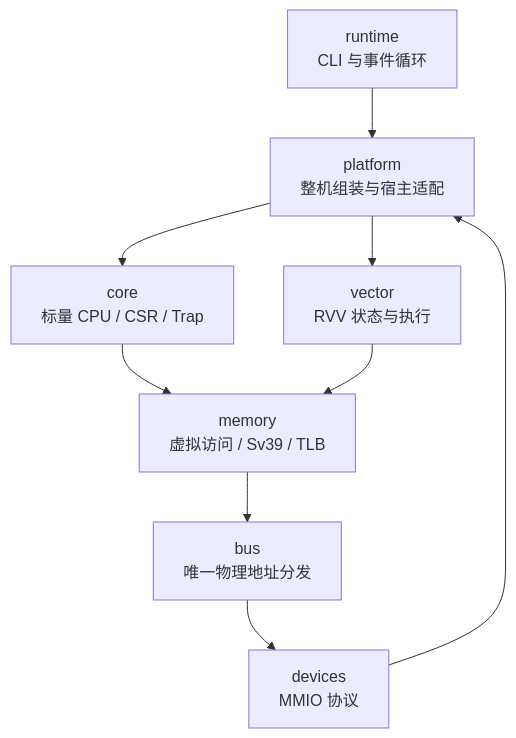
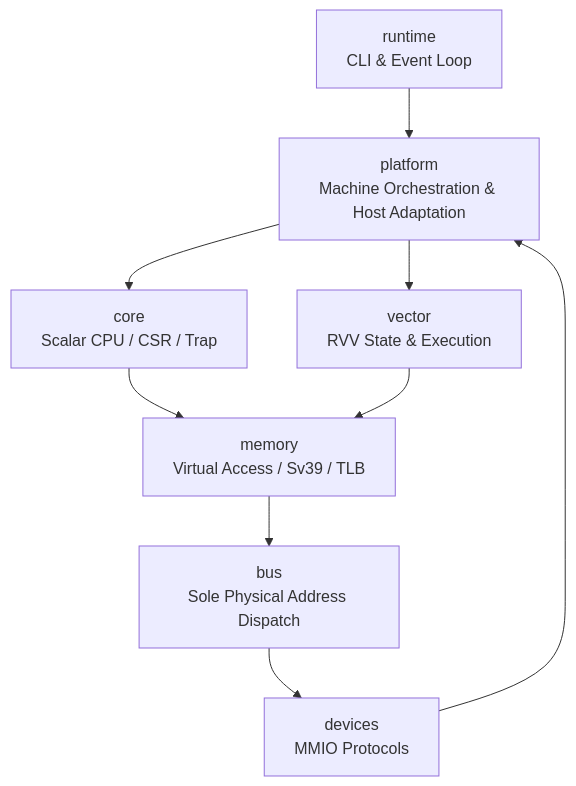
One commit to billzi2016/homemade-risc-v-64-vector-linux-emulator changed the first of 2 diagrams in specs/project-tree.md. Above: the diagram before and after it, drawn with Mermaid. The commit also changed other lines of this file and 44 other files, not shown here.

````diff
--- a/specs/project-tree.md
+++ b/specs/project-tree.md
@@ -122,11 +122,11 @@
 ```mermaid
 flowchart TD
-    Runtime[runtime<br/>CLI 与事件循环] --> Platform[platform<br/>整机组装与宿主适配]
-    Platform --> Core[core<br/>标量 CPU / CSR / Trap]
-    Platform --> Vector[vector<br/>RVV 状态与执行]
-    Core --> Memory[memory<br/>虚拟访问 / Sv39 / TLB]
+    Runtime[runtime<br/>CLI & Event Loop] --> Platform[platform<br/>Machine Orchestration & Host Adaptation]
+    Platform --> Core[core<br/>Scalar CPU / CSR / Trap]
+    Platform --> Vector[vector<br/>RVV State & Execution]
+    Core --> Memory[memory<br/>Virtual Access / Sv39 / TLB]
     Vector --> Memory
-    Memory --> Bus[bus<br/>唯一物理地址分发]
-    Bus --> Devices[devices<br/>MMIO 协议]
+    Memory --> Bus[bus<br/>Sole Physical Address Dispatch]
+    Bus --> Devices[devices<br/>MMIO Protocols]
     Devices --> Platform
 ```
````
